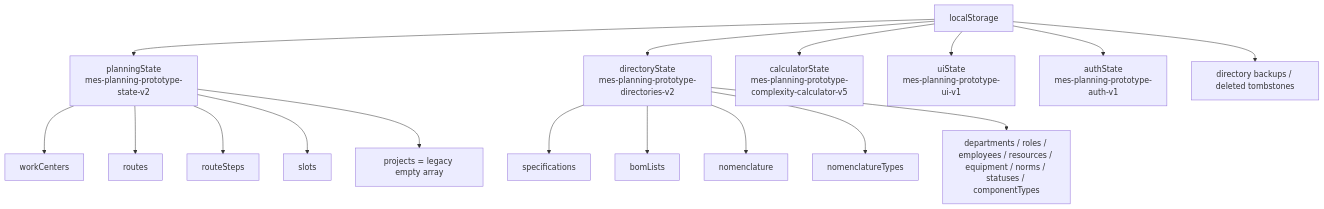
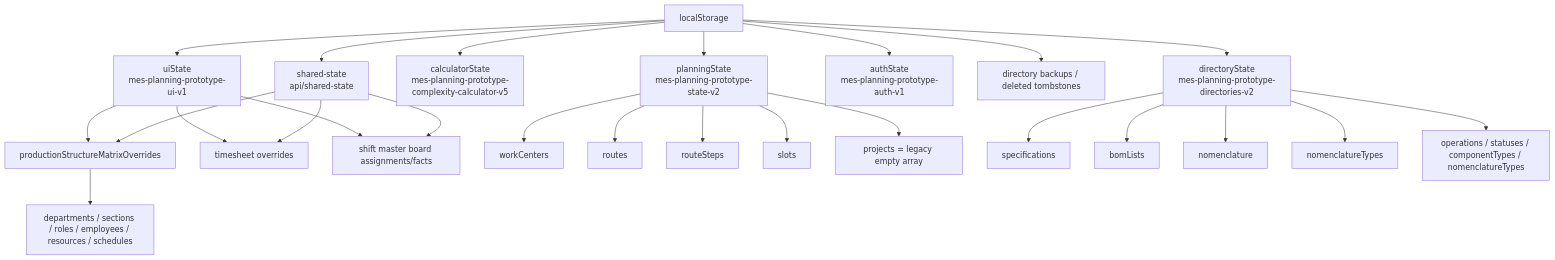
The first of 6 diagrams in docs/object-relationship-map.md (vladislav241194/mes-staging), drawn with Mermaid before and after one commit. The commit also changed other lines of this file and 71 other files, not shown here.

````diff
--- a/docs/object-relationship-map.md
+++ b/docs/object-relationship-map.md
@@ -75,23 +75,31 @@
 ```mermaid
 flowchart TB
   LS["localStorage"]
 
   LS --> PS["planningState<br/>mes-planning-prototype-state-v2"]
   LS --> DS["directoryState<br/>mes-planning-prototype-directories-v2"]
   LS --> CS["calculatorState<br/>mes-planning-prototype-complexity-calculator-v5"]
   LS --> UI["uiState<br/>mes-planning-prototype-ui-v1"]
   LS --> AUTH["authState<br/>mes-planning-prototype-auth-v1"]
   LS --> BACKUP["directory backups / deleted tombstones"]
+  LS --> SHARED["shared-state<br/>api/shared-state"]
 
+  UI --> PSM["productionStructureMatrixOverrides"]
+  UI --> TSO["timesheet overrides"]
+  UI --> SMB["shift master board assignments/facts"]
+  SHARED --> PSM
+  SHARED --> TSO
+  SHARED --> SMB
   PS --> WC["workCenters"]
   PS --> R["routes"]
   PS --> RS["routeSteps"]
   PS --> S["slots"]
   PS --> LP["projects = legacy empty array"]
 
   DS --> SPEC["specifications"]
   DS --> BOM["bomLists"]
   DS --> NOM["nomenclature"]
   DS --> NT["nomenclatureTypes"]
-  DS --> DIR["departments / roles / employees / resources / equipment / norms / statuses / componentTypes"]
+  DS --> DIR["operations / statuses / componentTypes / nomenclatureTypes"]
+  PSM --> ORG["departments / sections / roles / employees / resources / schedules"]
 ```
````
